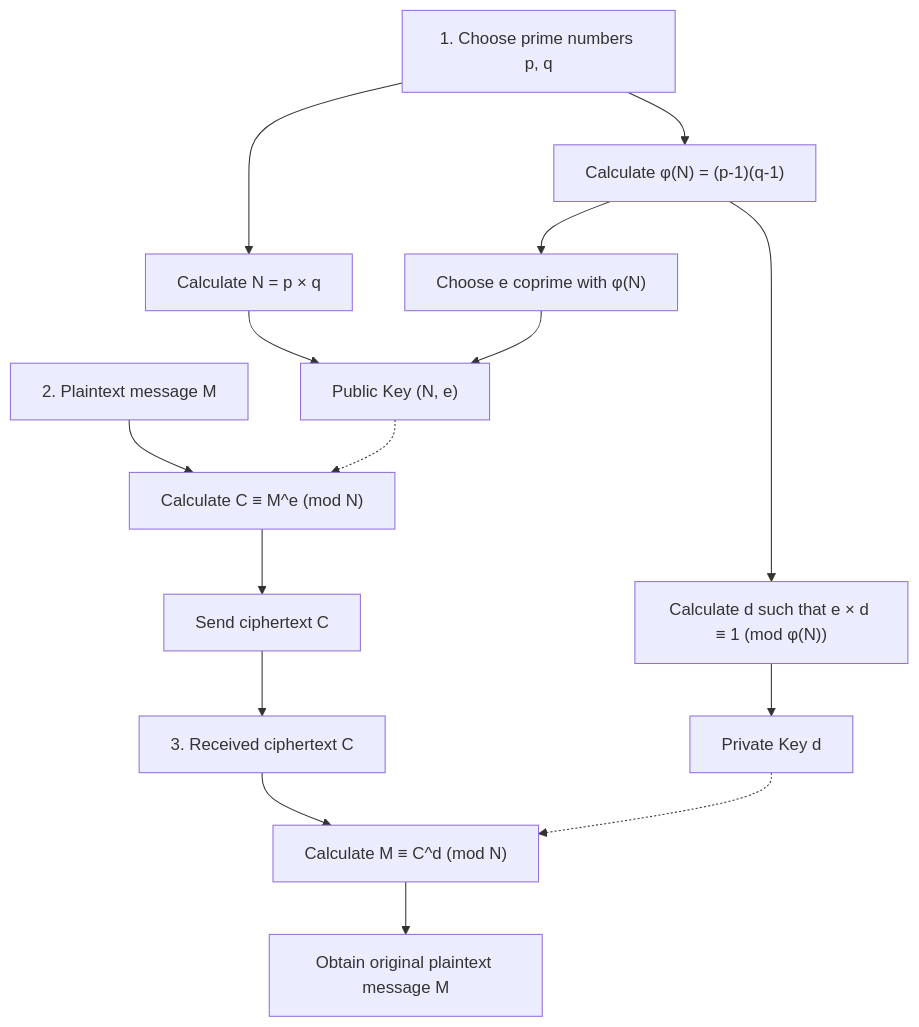
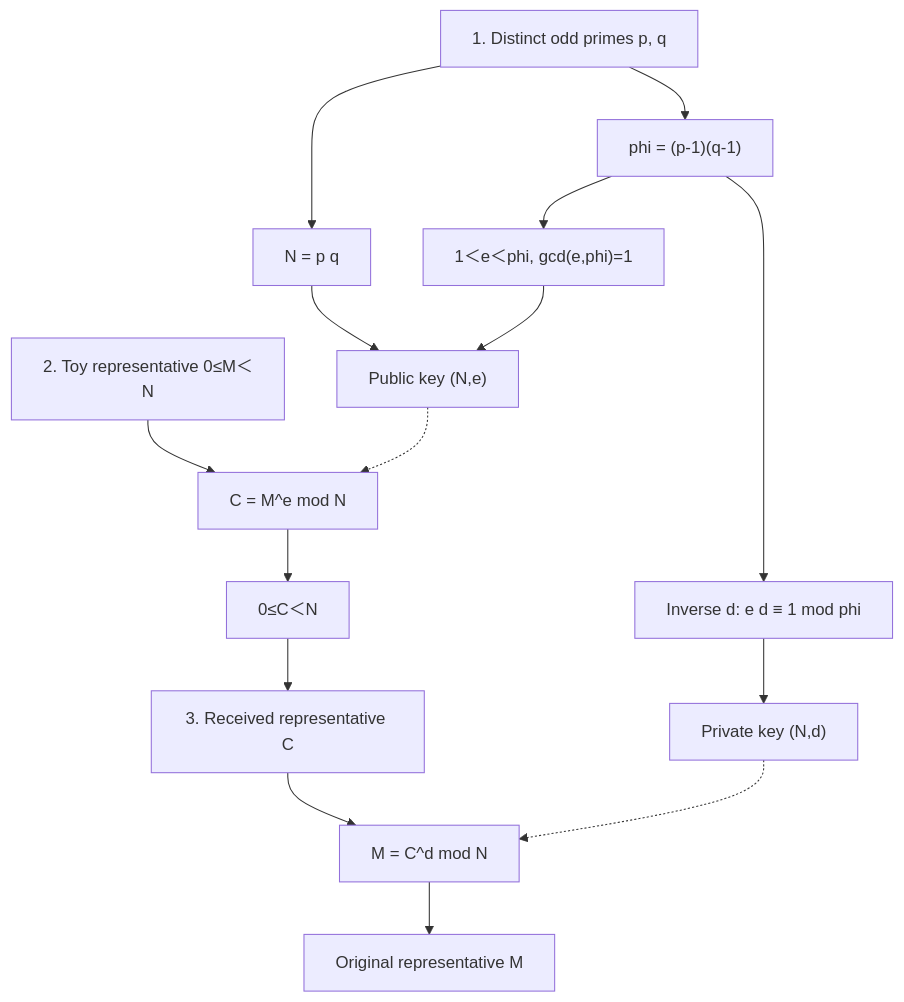
The second of 3 diagrams in content/post/rsa暗号の仕組みを高校生でもわかるように説明する/index.en.md (kenjinote/blog), drawn with Mermaid before and after one commit. The commit also changed other lines of this file and 8 other files, not shown here.

````diff
--- a/content/post/rsa暗号の仕組みを高校生でもわかるように説明する/index.en.md
+++ b/content/post/rsa暗号の仕組みを高校生でもわかるように説明する/index.en.md
@@ -164,19 +103,17 @@
 ```mermaid
 flowchart TD
-    A1["1. Choose prime numbers p, q"] --> A2["Calculate N = p × q"]
-    A1 --> A3["Calculate φ(N) = (p-1)(q-1)"]
-    A3 --> A4["Choose e coprime with φ(N)"]
-    A3 --> A5["Calculate d such that e × d ≡ 1 (mod φ(N))"]
-    A2 --> A6["Public Key (N, e)"]
+    A1["1. Distinct odd primes p, q"] --> A2["N = p q"]
+    A1 --> A3["phi = (p-1)(q-1)"]
+    A3 --> A4["1＜e＜phi, gcd(e,phi)=1"]
+    A3 --> A5["Inverse d: e d ≡ 1 mod phi"]
+    A2 --> A6["Public key (N,e)"]
     A4 --> A6
-    A5 --> A7["Private Key d"]
-    
-    B1["2. Plaintext message M"] --> B2["Calculate C ≡ M^e (mod N)"]
+    A5 --> A7["Private key (N,d)"]
+    B1["2. Toy representative 0≤M＜N"] --> B2["C = M^e mod N"]
     A6 -.-> B2
-    B2 --> B3["Send ciphertext C"]
-    
-    B3 --> C1["3. Received ciphertext C"]
-    C1 --> C2["Calculate M ≡ C^d (mod N)"]
+    B2 --> B3["0≤C＜N"]
+    B3 --> C1["3. Received representative C"]
+    C1 --> C2["M = C^d mod N"]
     A7 -.-> C2
-    C2 --> C3["Obtain original plaintext message M"]
+    C2 --> C3["Original representative M"]
 ```
````
